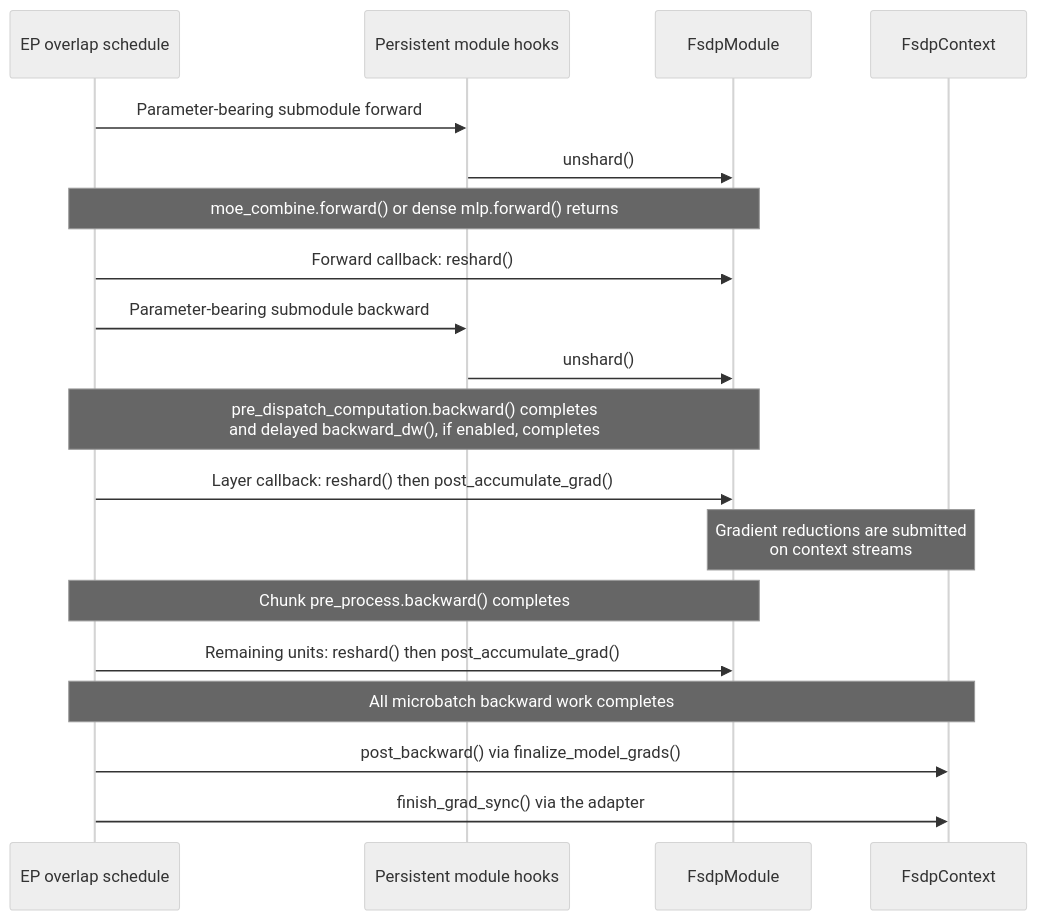
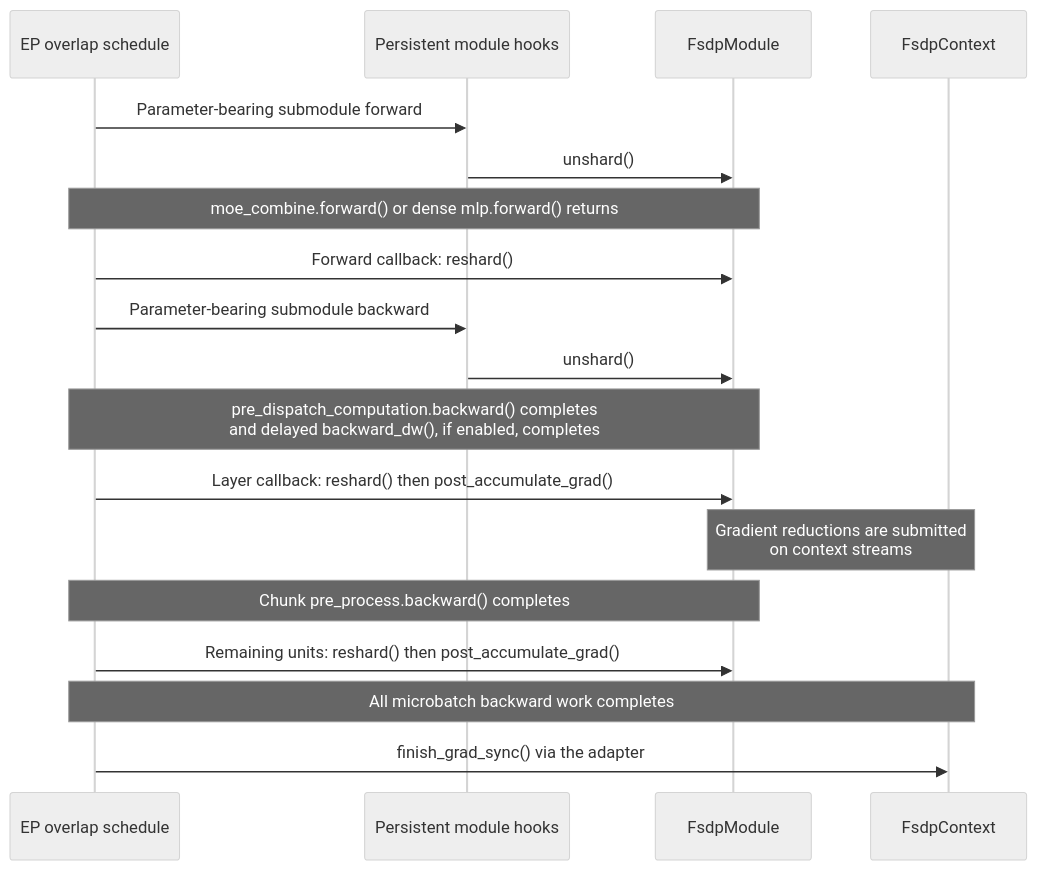
One commit to NVIDIA/Megatron-LM changed the diagram in megatron/core/distributed/fsdp/src/docs/ep_overlap_integration.md. Above: the diagram before and after it, drawn with Mermaid (neutral theme). The commit also changed other lines of this file and 10 other files, not shown here.

````diff
--- a/megatron/core/distributed/fsdp/src/docs/ep_overlap_integration.md
+++ b/megatron/core/distributed/fsdp/src/docs/ep_overlap_integration.md
@@ -46,25 +46,24 @@
 ```mermaid
 sequenceDiagram
     participant S as EP overlap schedule
     participant H as Persistent module hooks
     participant U as FsdpModule
     participant C as FsdpContext
 
     S->>H: Parameter-bearing submodule forward
     H->>U: unshard()
     Note over S,U: moe_combine.forward() or dense mlp.forward() returns
     S->>U: Forward callback: reshard()
 
     S->>H: Parameter-bearing submodule backward
     H->>U: unshard()
     Note over S,U: pre_dispatch_computation.backward() completes<br/>and delayed backward_dw(), if enabled, completes
     S->>U: Layer callback: reshard() then post_accumulate_grad()
     Note over U,C: Gradient reductions are submitted<br/>on context streams
 
     Note over S,U: Chunk pre_process.backward() completes
     S->>U: Remaining units: reshard() then post_accumulate_grad()
 
     Note over S,C: All microbatch backward work completes
-    S->>C: post_backward() via finalize_model_grads()
     S->>C: finish_grad_sync() via the adapter
 ```
````
